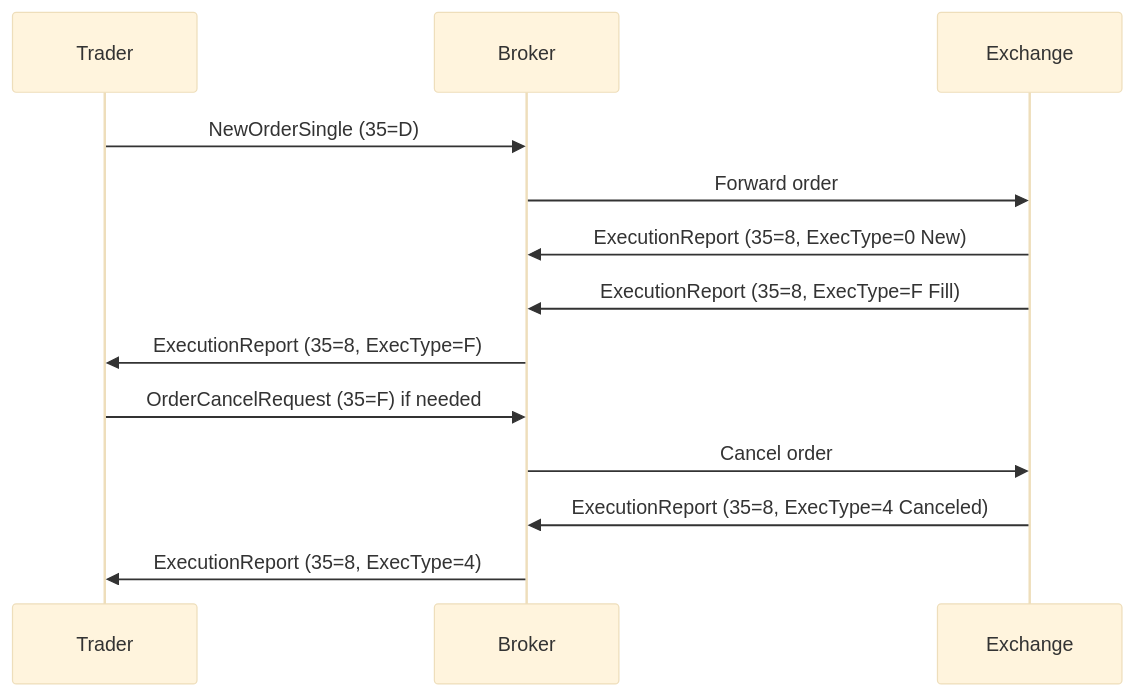
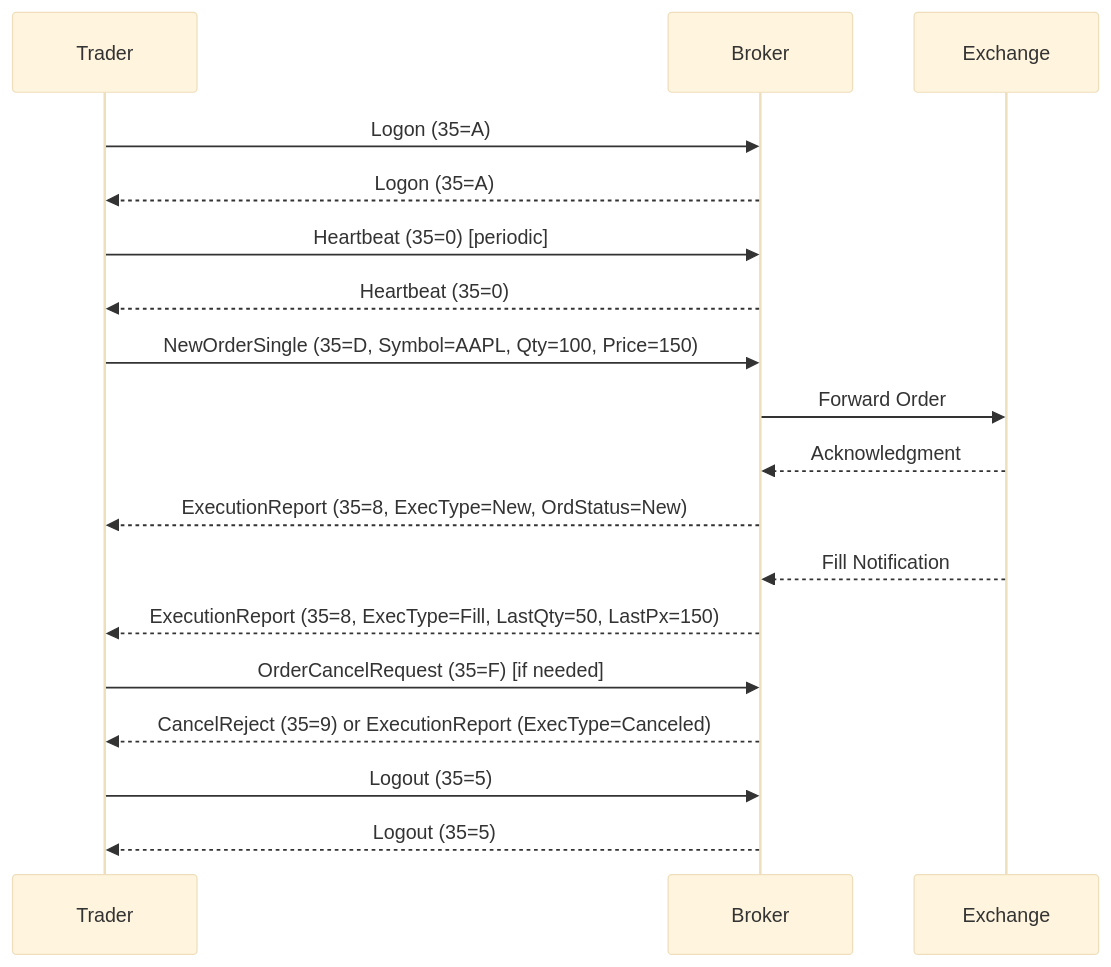
Before and after one commit to VrushankPatel/interview-matters: the diagram in trading/protocols/fix-protocol/README.md, drawn with Mermaid (base theme). The commit also changed other lines of this file and 66 other files, not shown here.

````diff
--- a/trading/protocols/fix-protocol/README.md
+++ b/trading/protocols/fix-protocol/README.md
@@ -70,16 +94,21 @@
 ```mermaid
 sequenceDiagram
-    participant Trader
-    participant Broker
-    participant Exchange
+    participant T as Trader
+    participant B as Broker
+    participant E as Exchange
 
-    Trader->>Broker: NewOrderSingle (35=D)
-    Broker->>Exchange: Forward order
-    Exchange->>Broker: ExecutionReport (35=8, ExecType=0 New)
-    Exchange->>Broker: ExecutionReport (35=8, ExecType=F Fill)
-    Broker->>Trader: ExecutionReport (35=8, ExecType=F)
-    Trader->>Broker: OrderCancelRequest (35=F) if needed
-    Broker->>Exchange: Cancel order
-    Exchange->>Broker: ExecutionReport (35=8, ExecType=4 Canceled)
-    Broker->>Trader: ExecutionReport (35=8, ExecType=4)
+    T->>B: Logon (35=A)
+    B-->>T: Logon (35=A)
+    T->>B: Heartbeat (35=0) [periodic]
+    B-->>T: Heartbeat (35=0)
+    T->>B: NewOrderSingle (35=D, Symbol=AAPL, Qty=100, Price=150)
+    B->>E: Forward Order
+    E-->>B: Acknowledgment
+    B-->>T: ExecutionReport (35=8, ExecType=New, OrdStatus=New)
+    E-->>B: Fill Notification
+    B-->>T: ExecutionReport (35=8, ExecType=Fill, LastQty=50, LastPx=150)
+    T->>B: OrderCancelRequest (35=F) [if needed]
+    B-->>T: CancelReject (35=9) or ExecutionReport (ExecType=Canceled)
+    T->>B: Logout (35=5)
+    B-->>T: Logout (35=5)
 ```
````
